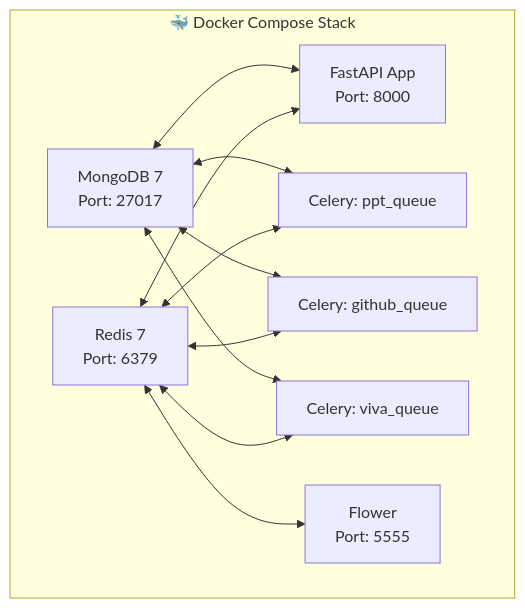
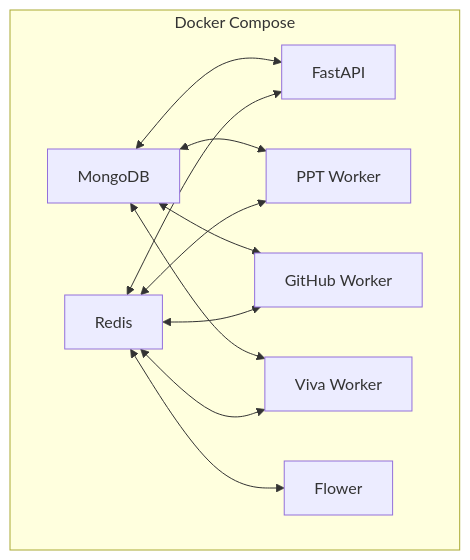
One commit to NischayJoshi/EvalX changed the tenth of 16 diagrams in README.md. Above: the diagram before and after it, drawn with Mermaid. The commit also changed other lines of this file, not shown here.

Commit message:
fix: Simplify all broken Mermaid diagrams - Remove User Journey (not rendering well) - Simplify WebSocket, Docker, Error Recovery diagrams - Replace Health Monitoring with table - Simplify PPT, GitHub, Interview module diagrams - Fix Domain Evaluators and Analytics with tables

````diff
--- a/README.md
+++ b/README.md
@@ -516,25 +470,14 @@
 ```mermaid
 graph TB
-    subgraph DOCKER["🐳 Docker Compose Stack"]
-        R["Redis 7<br/>Port: 6379"]
-        M["MongoDB 7<br/>Port: 27017"]
-        
-        API["FastAPI App<br/>Port: 8000"]
-        
-        W1["Celery: ppt_queue"]
-        W2["Celery: github_queue"]
-        W3["Celery: viva_queue"]
-        
-        FL["Flower<br/>Port: 5555"]
+    subgraph Docker[Docker Compose]
+        R[Redis] <--> API[FastAPI]
+        M[MongoDB] <--> API
+        R <--> W1[PPT Worker]
+        R <--> W2[GitHub Worker]
+        R <--> W3[Viva Worker]
+        M <--> W1
+        M <--> W2
+        M <--> W3
+        R <--> FL[Flower]
     end
-    
-    R <--> API
-    R <--> W1
-    R <--> W2
-    R <--> W3
-    R <--> FL
-    M <--> API
-    M <--> W1
-    M <--> W2
-    M <--> W3
 ```
````
